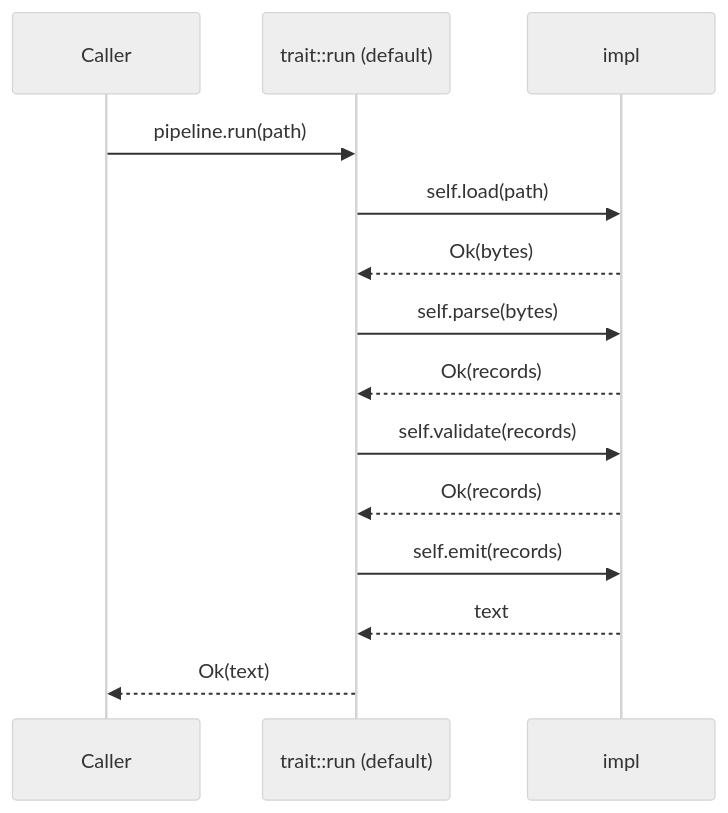
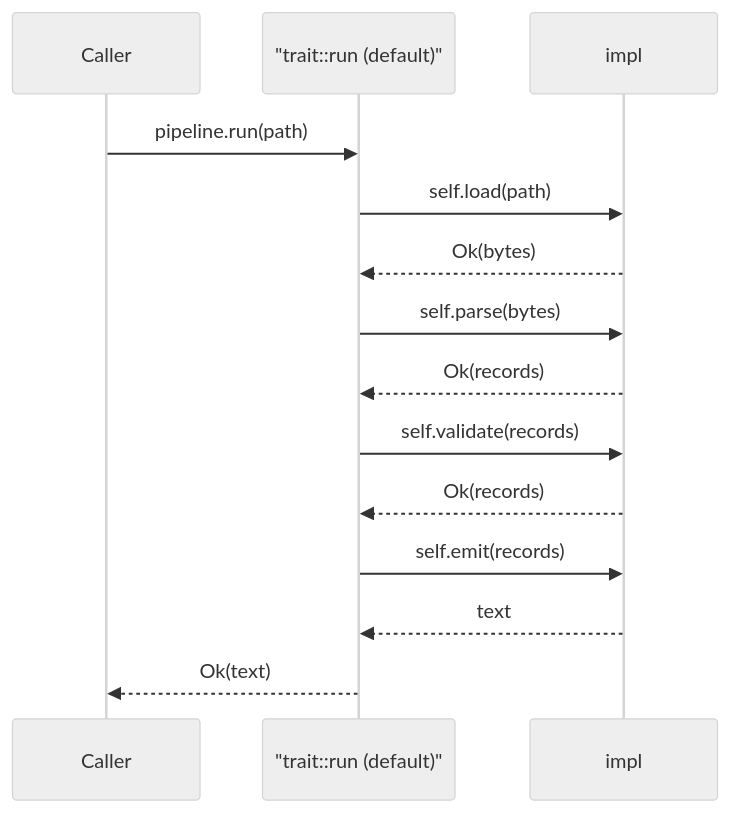
The second of 2 diagrams in patterns/gof-behavioral/template-method/index.md (rajeshpillai/rust-patterns), drawn with Mermaid (neutral theme) before and after one commit. The commit also changed 16 other files, not shown here.

````diff
--- a/patterns/gof-behavioral/template-method/index.md
+++ b/patterns/gof-behavioral/template-method/index.md
@@ -78,16 +78,16 @@
 ```mermaid
 sequenceDiagram
     participant Caller
-    participant T as trait::run (default)
+    participant T as "trait::run (default)"
     participant I as impl
     Caller->>T: pipeline.run(path)
     T->>I: self.load(path)
     I-->>T: Ok(bytes)
     T->>I: self.parse(bytes)
     I-->>T: Ok(records)
     T->>I: self.validate(records)
     I-->>T: Ok(records)
     T->>I: self.emit(records)
     I-->>T: text
     T-->>Caller: Ok(text)
 ```
````
